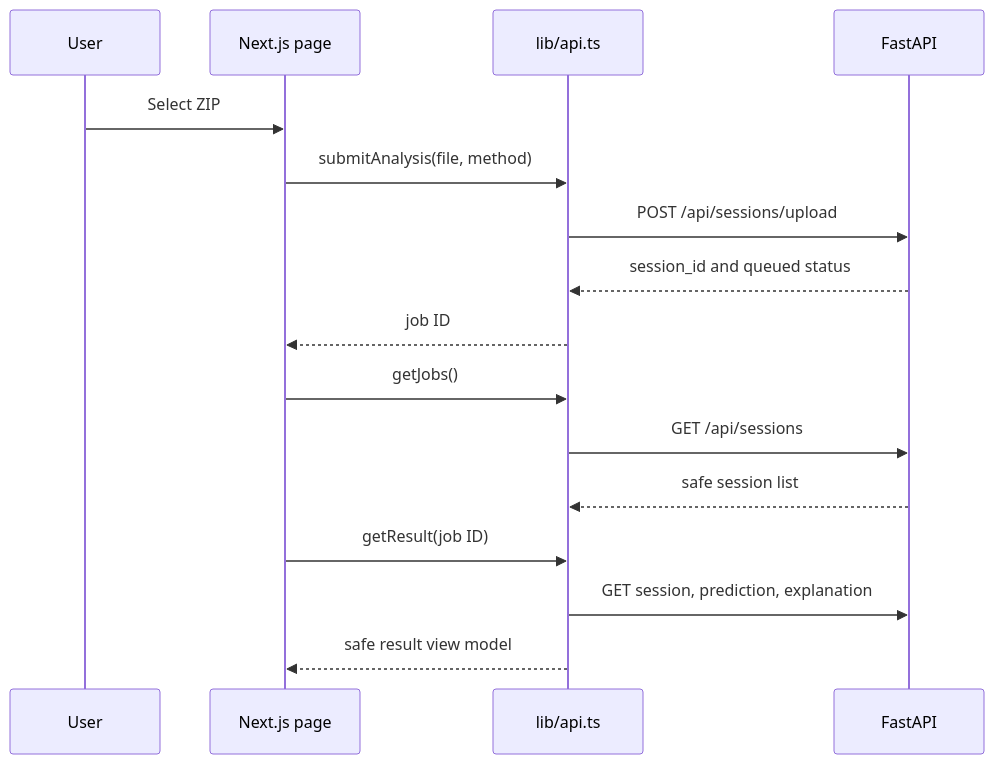
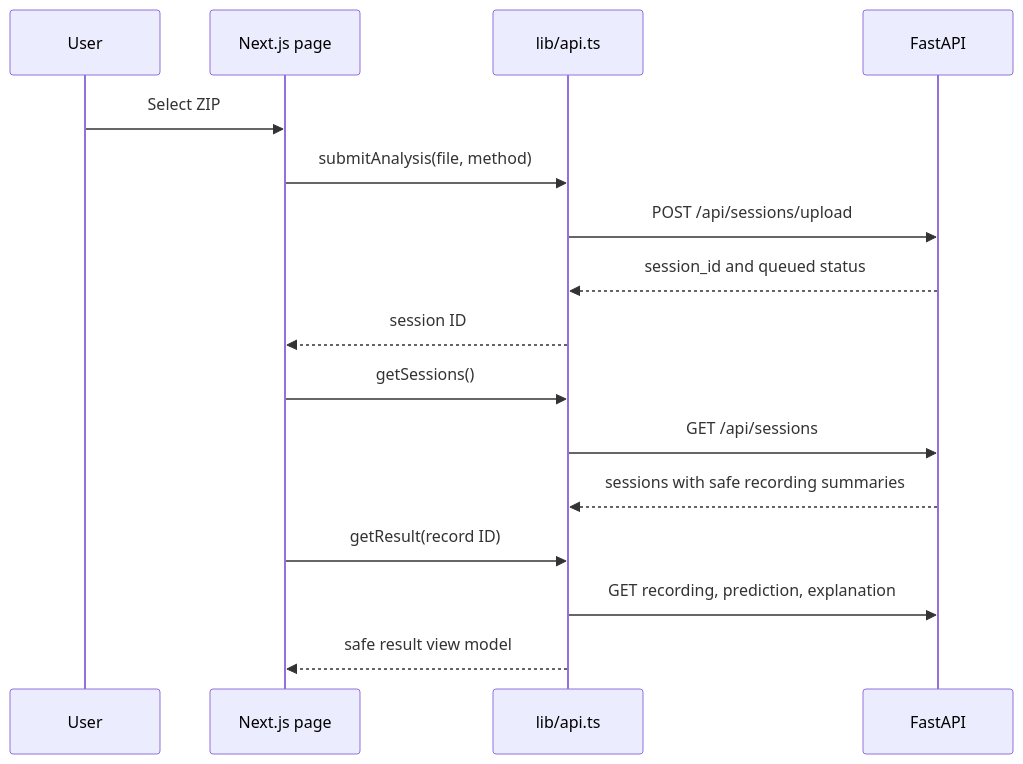
One commit to 4ffaad/FYP-MDS01 changed the third of 4 diagrams in docs/frontend.md. Above: the diagram before and after it, drawn with Mermaid. The commit also changed other lines of this file and 34 other files, not shown here.

````diff
--- a/docs/frontend.md
+++ b/docs/frontend.md
@@ -35,19 +37,19 @@
 ```mermaid
 sequenceDiagram
     participant User
     participant Page as Next.js page
     participant Adapter as lib/api.ts
     participant API as FastAPI
 
     User->>Page: Select ZIP
     Page->>Adapter: submitAnalysis(file, method)
     Adapter->>API: POST /api/sessions/upload
     API-->>Adapter: session_id and queued status
-    Adapter-->>Page: job ID
-    Page->>Adapter: getJobs()
+    Adapter-->>Page: session ID
+    Page->>Adapter: getSessions()
     Adapter->>API: GET /api/sessions
-    API-->>Adapter: safe session list
-    Page->>Adapter: getResult(job ID)
-    Adapter->>API: GET session, prediction, explanation
+    API-->>Adapter: sessions with safe recording summaries
+    Page->>Adapter: getResult(record ID)
+    Adapter->>API: GET recording, prediction, explanation
     Adapter-->>Page: safe result view model
 ```
````
